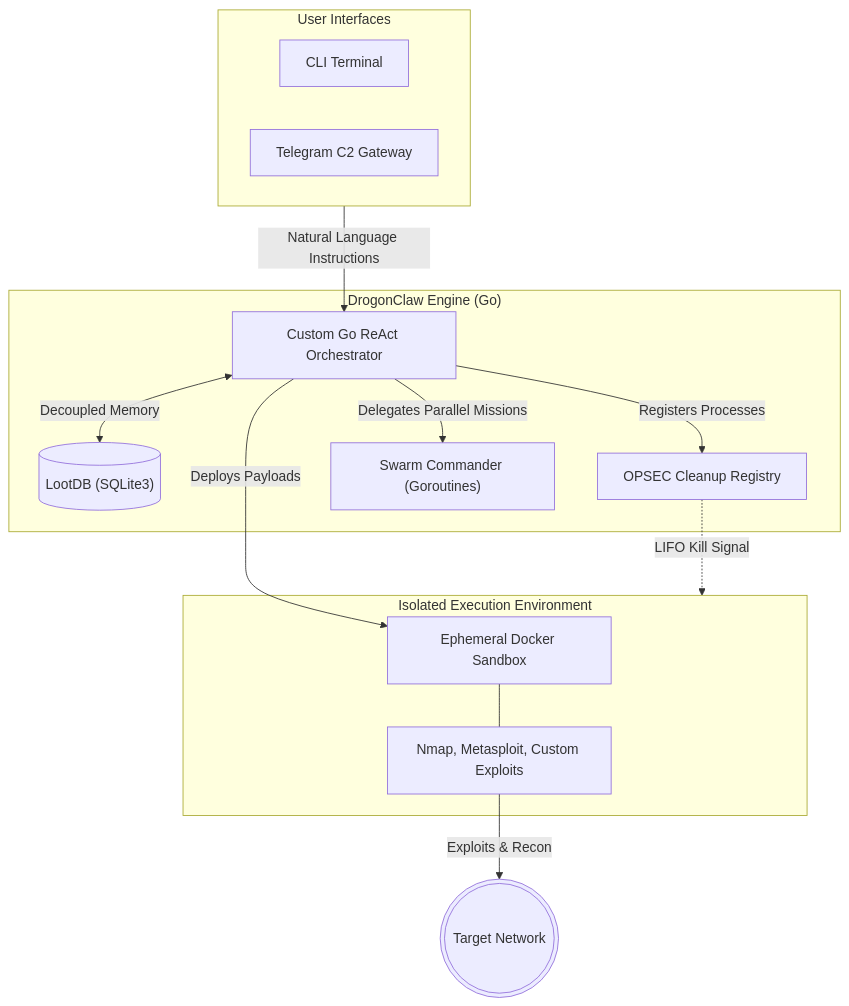
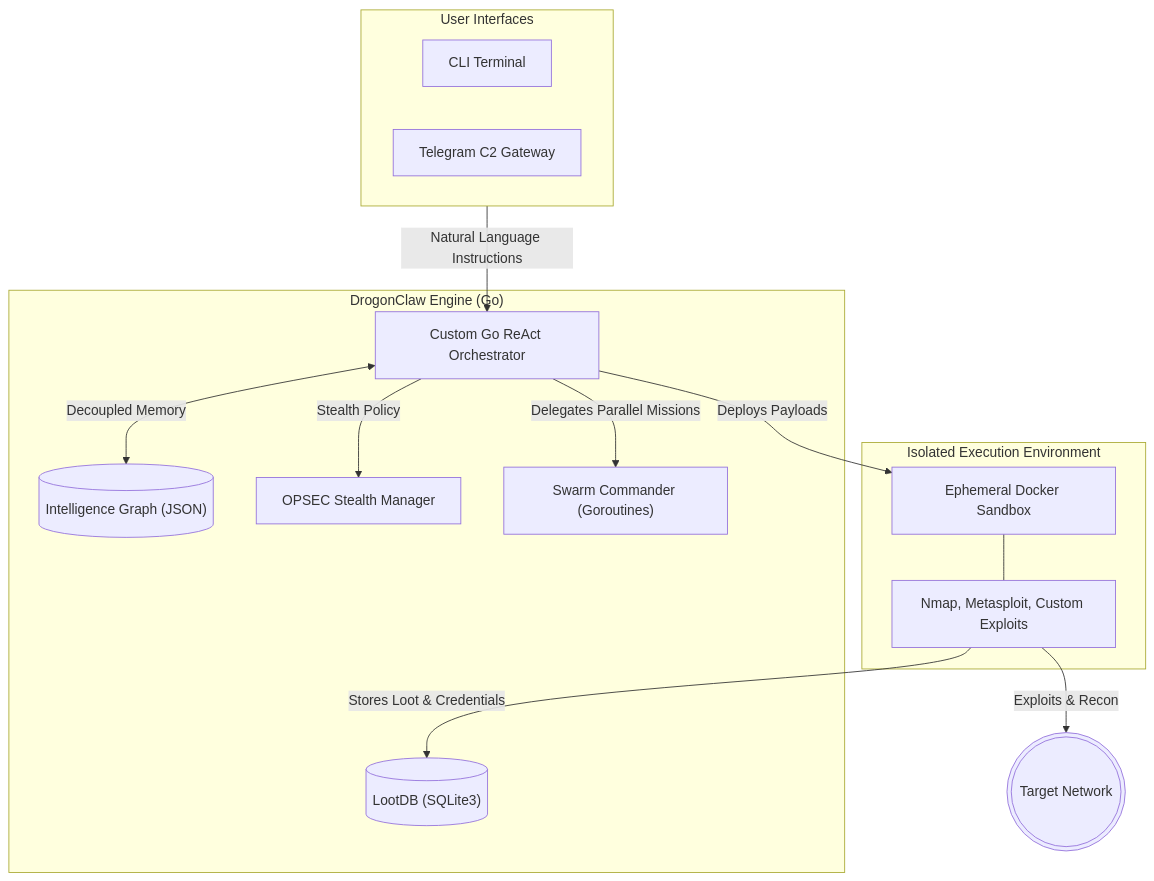
Before and after one commit to 0xP4X/DrogoClaw: the diagram in README.md, drawn with Mermaid.

Commit message:
docs: correct architecture mermaid to match code (Intelligence Graph, OPSEC manager)

````diff
--- a/README.md
+++ b/README.md
@@ -131,31 +131,31 @@
 ```mermaid
 flowchart TD
     subgraph UI ["User Interfaces"]
         CLI["CLI Terminal"]
         TG["Telegram C2 Gateway"]
     end
 
     subgraph Core ["DrogonClaw Engine (Go)"]
         Orchestrator["Custom Go ReAct Orchestrator"]
+        Graph[("Intelligence Graph (JSON)")]
         LootDB[("LootDB (SQLite3)")]
-        OPSEC["OPSEC Cleanup Registry"]
+        OPSEC["OPSEC Stealth Manager"]
         Swarm["Swarm Commander (Goroutines)"]
     end
 
     subgraph Execution ["Isolated Execution Environment"]
         Docker["Ephemeral Docker Sandbox"]
         Tools["Nmap, Metasploit, Custom Exploits"]
     end
 
     Target((("Target Network")))
 
     UI -->|Natural Language Instructions| Orchestrator
-    Orchestrator <-->|Decoupled Memory| LootDB
+    Orchestrator <-->|Decoupled Memory| Graph
     Orchestrator -->|Delegates Parallel Missions| Swarm
-    Orchestrator -->|Registers Processes| OPSEC
+    Orchestrator -->|Stealth Policy| OPSEC
     Orchestrator -->|Deploys Payloads| Docker
+    Tools -->|Stores Loot & Credentials| LootDB
     Docker --- Tools
     Tools -->|Exploits & Recon| Target
-
-    OPSEC -.->|LIFO Kill Signal| Execution
 ```
````
